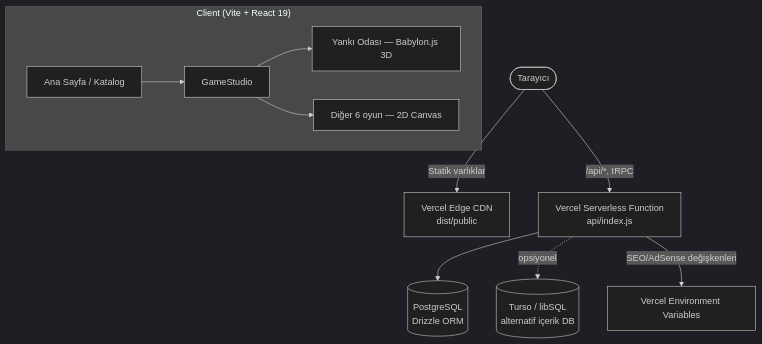
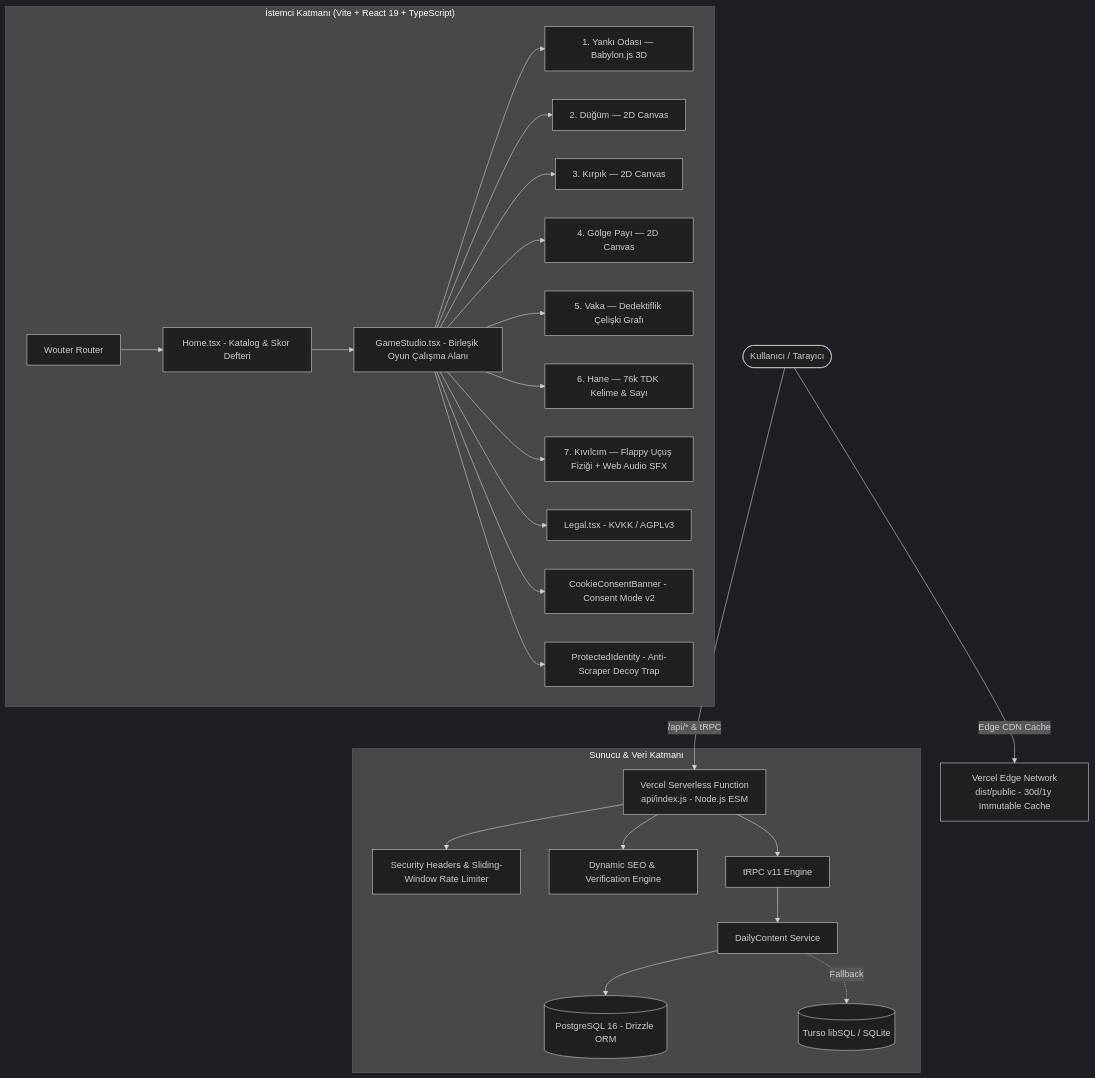
Before and after one commit to dixtuel/sely-minigame-hub: the diagram in README.md, drawn with Mermaid (dark theme). The commit also changed other lines of this file and 4 other files, not shown here.

````diff
--- a/README.md
+++ b/README.md
@@ -38,14 +40,32 @@
 ```mermaid
 graph TD
-    Client([Tarayıcı]) -->|Statik varlıklar| CDN[Vercel Edge CDN<br/>dist/public]
-    Client -->|/api/*, tRPC| Fn[Vercel Serverless Function<br/>api/index.js]
-    Fn --> DB[(PostgreSQL<br/>Drizzle ORM)]
-    Fn -.->|opsiyonel| Turso[(Turso / libSQL<br/>alternatif içerik DB)]
-    Fn -->|SEO/AdSense değişkenleri| Env[Vercel Environment Variables]
+    Client([Kullanıcı / Tarayıcı]) -->|Edge CDN Cache| VercelCDN[Vercel Edge Network<br/>dist/public - 30d/1y Immutable Cache]
+    Client -->|/api/* & tRPC| VercelFn[Vercel Serverless Function<br/>api/index.js - Node.js ESM]
 
-    subgraph "Client (Vite + React 19)"
-        Home[Ana Sayfa / Katalog] --> GameStudio[GameStudio]
-        GameStudio --> EchoRoom3D[Yankı Odası — Babylon.js 3D]
-        GameStudio --> Games2D[Diğer 6 oyun — 2D Canvas]
+    subgraph "İstemci Katmanı (Vite + React 19 + TypeScript)"
+        Router[Wouter Router] --> Home[Home.tsx - Katalog & Skor Defteri]
+        Home --> GameStudio[GameStudio.tsx - Birleşik Oyun Çalışma Alanı]
+        
+        GameStudio --> Echo[1. Yankı Odası — Babylon.js 3D]
+        GameStudio --> Knot[2. Düğüm — 2D Canvas]
+        GameStudio --> Cut[3. Kırpık — 2D Canvas]
+        GameStudio --> Shadow[4. Gölge Payı — 2D Canvas]
+        GameStudio --> Vaka[5. Vaka — Dedektiflik Çelişki Grafı]
+        GameStudio --> Hane[6. Hane — 76k TDK Kelime & Sayı]
+        GameStudio --> Spark[7. Kıvılcım — Flappy Uçuş Fiziği + Web Audio SFX]
+
+        GameStudio --> Legal[Legal.tsx - KVKK / AGPLv3]
+        GameStudio --> CookieBanner[CookieConsentBanner - Consent Mode v2]
+        GameStudio --> IdentityGuard[ProtectedIdentity - Anti-Scraper Decoy Trap]
+    end
+
+    subgraph "Sunucu & Veri Katmanı"
+        VercelFn --> Security[Security Headers & Sliding-Window Rate Limiter]
+        VercelFn --> SEORoutes[Dynamic SEO & Verification Engine]
+        VercelFn --> tRPC[tRPC v11 Engine]
+        
+        tRPC --> DailyService[DailyContent Service]
+        DailyService --> Postgres[(PostgreSQL 16 - Drizzle ORM)]
+        DailyService -.->|Fallback| Turso[(Turso libSQL / SQLite)]
     end
 ```
````
